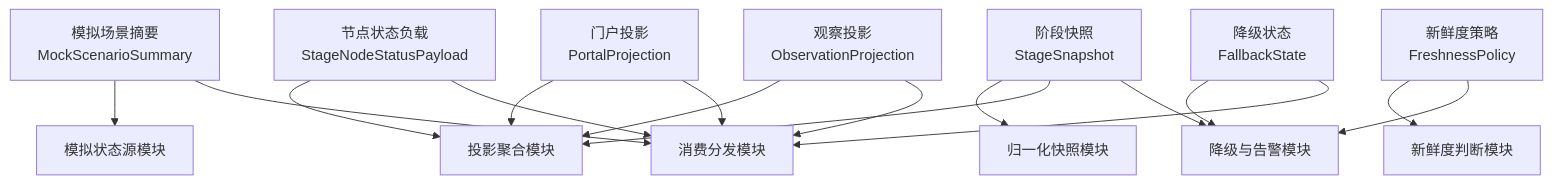
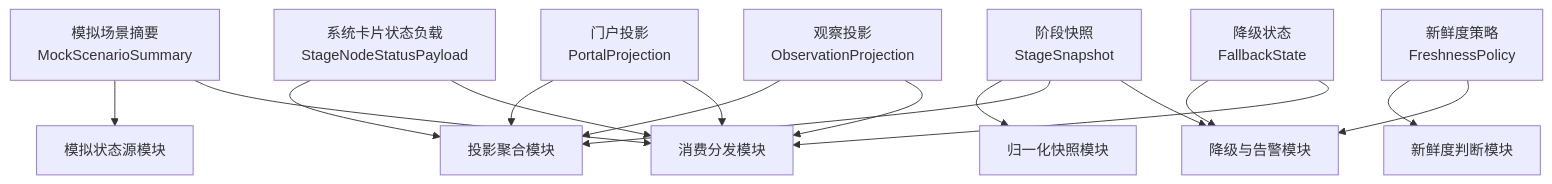
Before and after one commit to wgwtest/CodeFactoryV2: the third of 4 diagrams in DOC/CODEX_DOC/02_设计说明/P6_门户与平台入口/P6.2-跨阶段只读集成与状态投影设计.md, drawn with Mermaid. The commit also changed other lines of this file and 94 other files, not shown here.

````diff
--- a/DOC/CODEX_DOC/02_设计说明/P6_门户与平台入口/P6.2-跨阶段只读集成与状态投影设计.md
+++ b/DOC/CODEX_DOC/02_设计说明/P6_门户与平台入口/P6.2-跨阶段只读集成与状态投影设计.md
@@ -425,18 +475,18 @@
 ```mermaid
 flowchart TD
     O0["模拟场景摘要<br/>MockScenarioSummary"] --> M2["模拟状态源模块"]
     O0 --> M7["消费分发模块"]
     O1["阶段快照<br/>StageSnapshot"] --> M4["归一化快照模块"]
     O1 --> M5["投影聚合模块"]
     O1 --> M6["降级与告警模块"]
-    O2["节点状态负载<br/>StageNodeStatusPayload"] --> M5
+    O2["系统卡片状态负载<br/>StageNodeStatusPayload"] --> M5
     O2 --> M7
     O3["门户投影<br/>PortalProjection"] --> M5
     O3 --> M7
     O4["观察投影<br/>ObservationProjection"] --> M5
     O4 --> M7
     O5["新鲜度策略<br/>FreshnessPolicy"] --> M3["新鲜度判断模块"]
     O5 --> M6
     O6["降级状态<br/>FallbackState"] --> M6
     O6 --> M7
 ```
````
